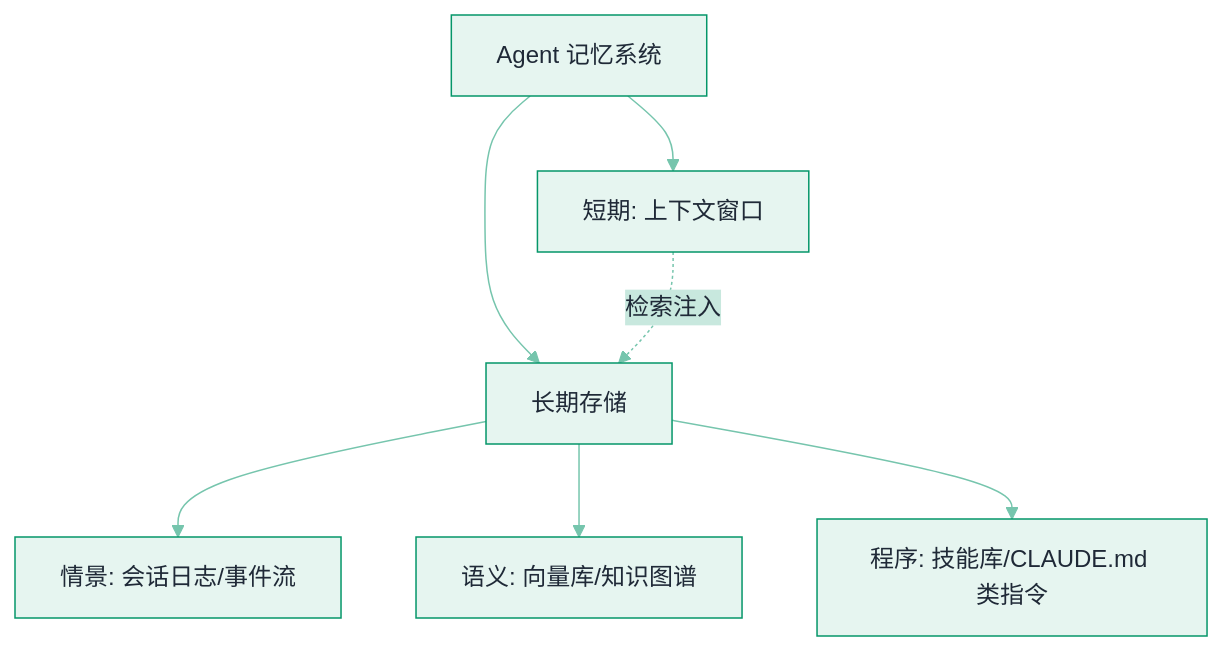
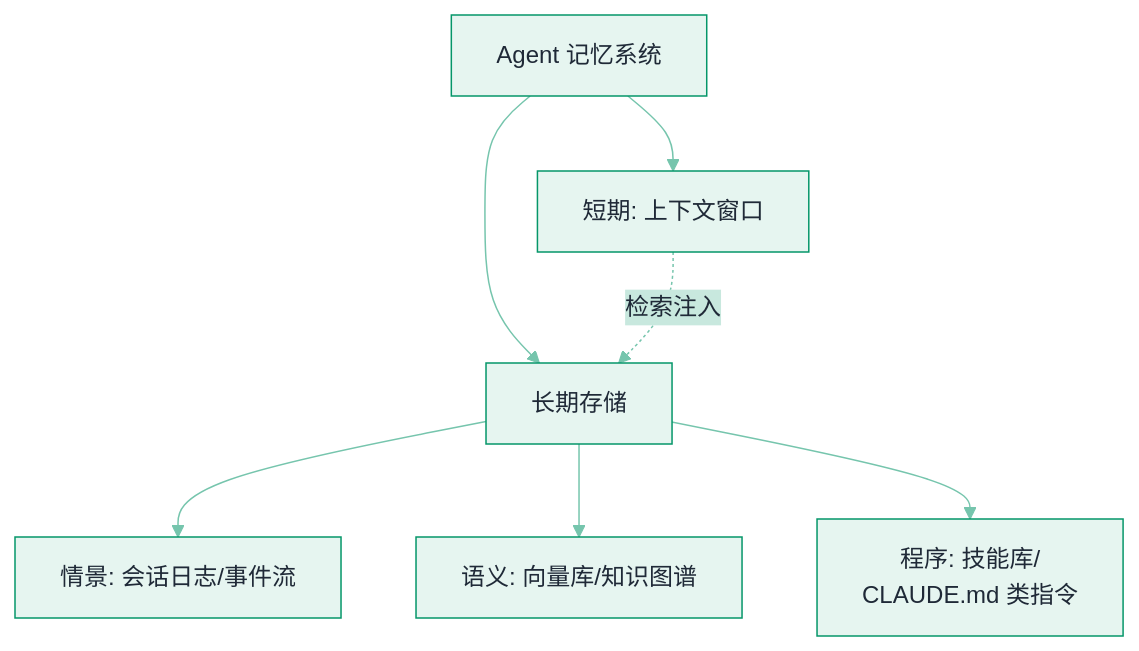
Before and after one commit to funny8kids/ai-agent-handbook: the diagram in docs/06-memory-rag/memory-types.md, drawn with Mermaid. The commit also changed 2 other files, not shown here.

````diff
--- a/docs/06-memory-rag/memory-types.md
+++ b/docs/06-memory-rag/memory-types.md
@@ -36,10 +36,10 @@
 ```mermaid
 %%{init: {"theme":"base","themeVariables":{"primaryColor":"#E6F5F0","primaryBorderColor":"#059669","primaryTextColor":"#1F2937","secondaryColor":"#C8E8DE","tertiaryColor":"#F5FBF9","lineColor":"#76C5AD","actorBkg":"#EBF7F3","actorBorder":"#059669","actorTextColor":"#1F2937","signalColor":"#50B696","noteBkgColor":"#D2ECE4","noteBorderColor":"#059669","noteTextColor":"#1F2937","labelBoxBkgColor":"#E6F5F0","labelBoxBorderColor":"#059669"}}}%%
 flowchart TB
   A[Agent 记忆系统] --> B[短期: 上下文窗口]
   A --> C[长期存储]
   C --> D[情景: 会话日志/事件流]
   C --> E[语义: 向量库/知识图谱]
-  C --> F[程序: 技能库/CLAUDE.md 类指令]
+  C --> F[程序: 技能库/<br/>CLAUDE.md 类指令]
   B -.检索注入.-> C
 ```
````
